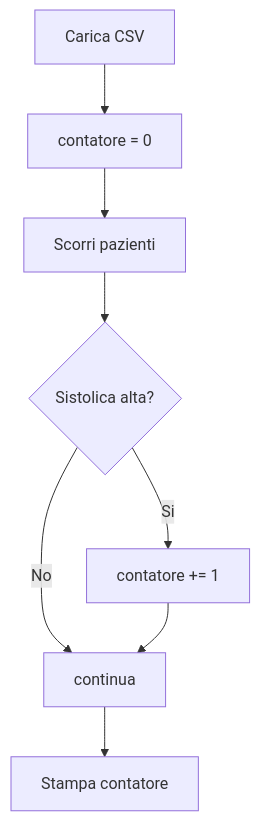
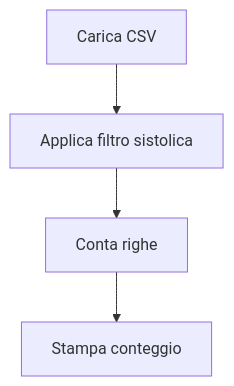
The fourth of 10 diagrams in 04-python-jupyter-analisi-biomedica/README.md (lucadagati/Lab_Fondamenti_di_Informatica_25_26), drawn with Mermaid before and after one commit. The commit also changed other lines of this file and 11 other files, not shown here.

````diff
--- a/04-python-jupyter-analisi-biomedica/README.md
+++ b/04-python-jupyter-analisi-biomedica/README.md
@@ -87,10 +85,6 @@
 ```mermaid
 flowchart TD
-    A[Carica CSV] --> B[contatore = 0]
-    B --> C[Scorri pazienti]
-    C --> D{Sistolica alta?}
-    D -- Si --> E[contatore += 1]
-    D -- No --> F[continua]
-    E --> F
-    F --> G[Stampa contatore]
+    A[Carica CSV] --> B[Applica filtro sistolica]
+    B --> C[Conta righe]
+    C --> D[Stampa conteggio]
 ```
````
